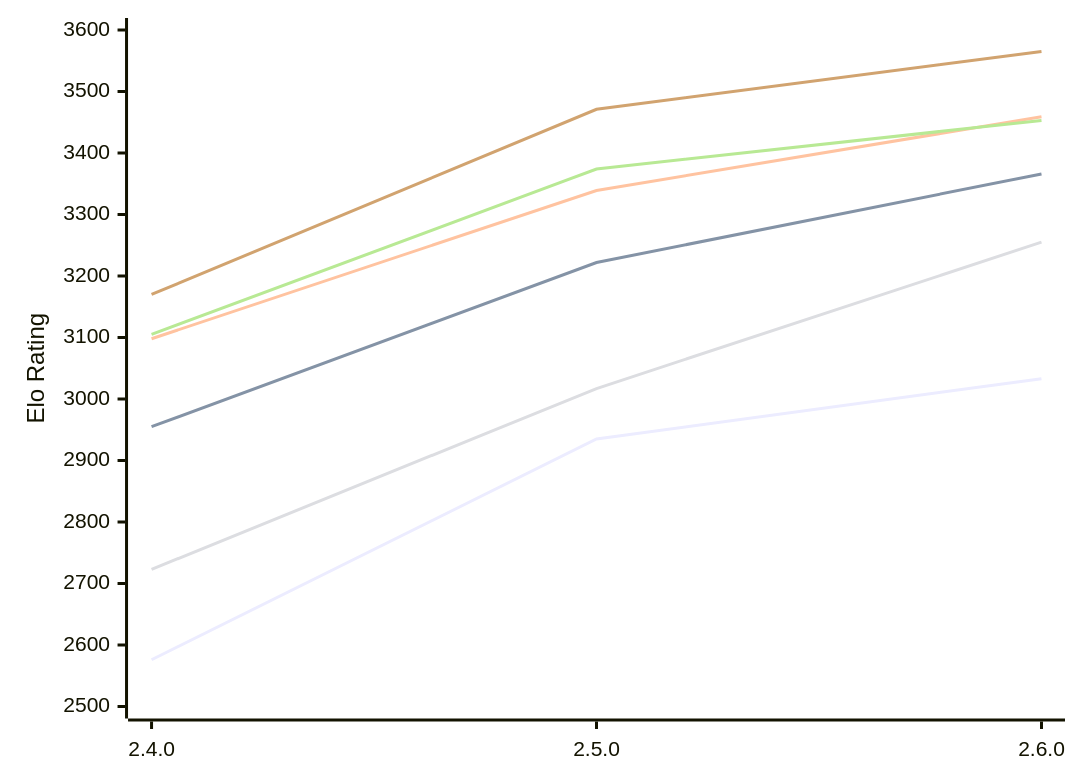
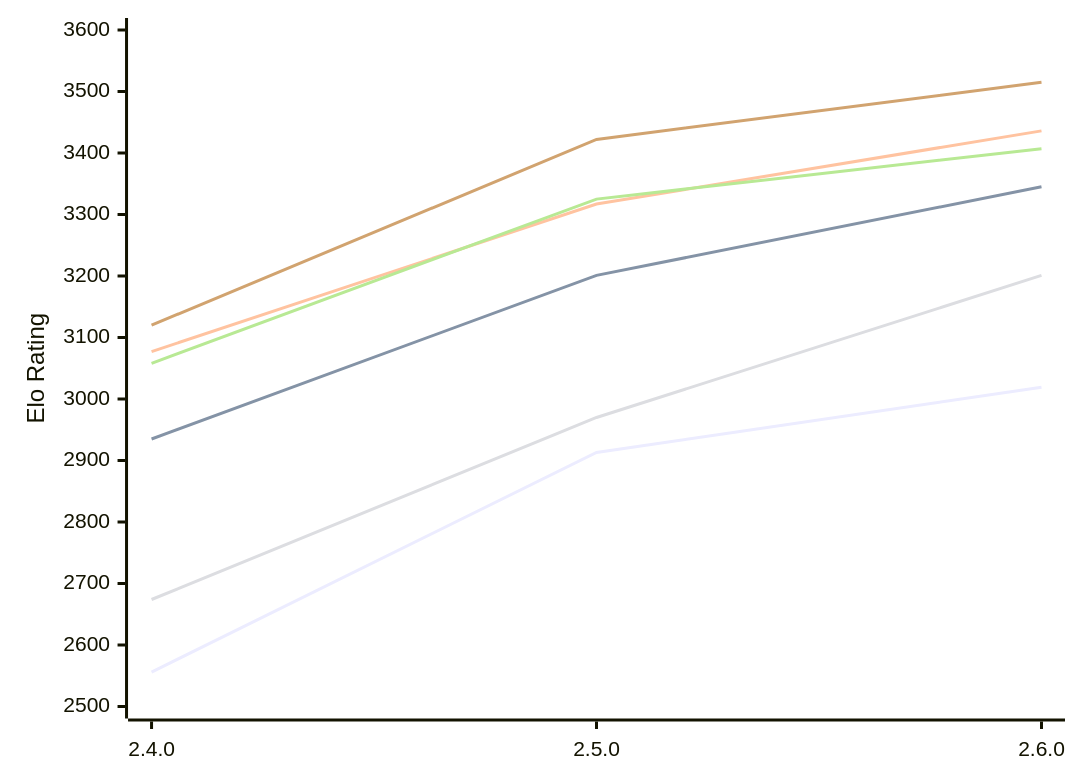
The diagram in engines/Rarog.md (computer-chess-index/cci), drawn with Mermaid before and after one commit. The commit also changed other lines of this file, not shown here.

Commit message:
Update CCI Ratings (ELO VLTC) - 2026-11-08

````diff
--- a/engines/Rarog.md
+++ b/engines/Rarog.md
@@ -51,12 +51,12 @@
 ```mermaid
 %%{init: {"theme":"base","themeVariables":{"seriesColors:['#a3a3a3','#222221','#faa371']}}}%%
 xychart-beta
   x-axis ["2.4.0", "2.5.0", "2.6.0"]
   y-axis "Elo Rating" 2500 --> 3600
-  line "E1: STC (8.0+0.08s)" [2576, 2935, 3033]
-  line "E1: LTC (60.0+0.60s)" [2955, 3222, 3366]
-  line "E1: VLTC (2m24s+1.12s)" [3098, 3339, 3459]
-  line "P1: STC (8.0+0.08s)" [2723, 3017, 3255]
-  line "P1: LTC (60.0+0.60s)" [3105, 3374, 3453]
-  line "P1: VLTC (2m24s+1.12s)" [3170, 3471, 3565]
+  line "E1: STC (8.0+0.08s)" [2556, 2913, 3019]
+  line "E1: LTC (60.0+0.60s)" [2935, 3201, 3345]
+  line "E1: VLTC (2m24s+1.12s)" [3077, 3317, 3436]
+  line "P1: STC (8.0+0.08s)" [2674, 2970, 3201]
+  line "P1: LTC (60.0+0.60s)" [3058, 3325, 3407]
+  line "P1: VLTC (2m24s+1.12s)" [3120, 3422, 3515]
 ```
````
